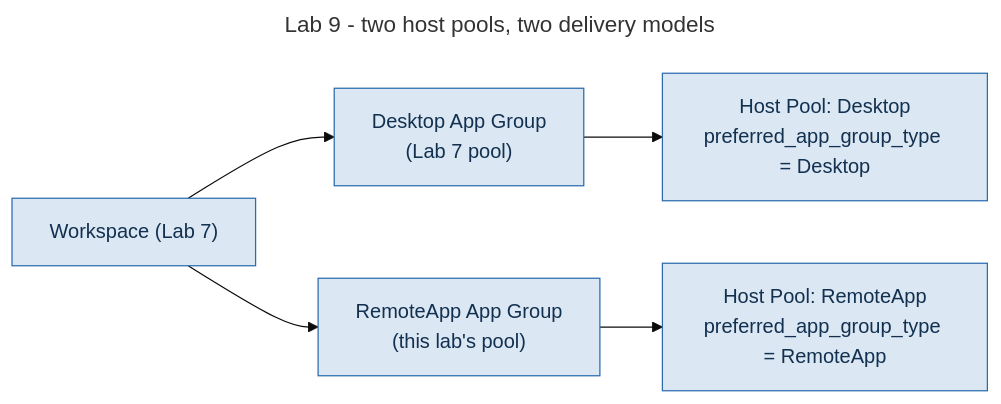
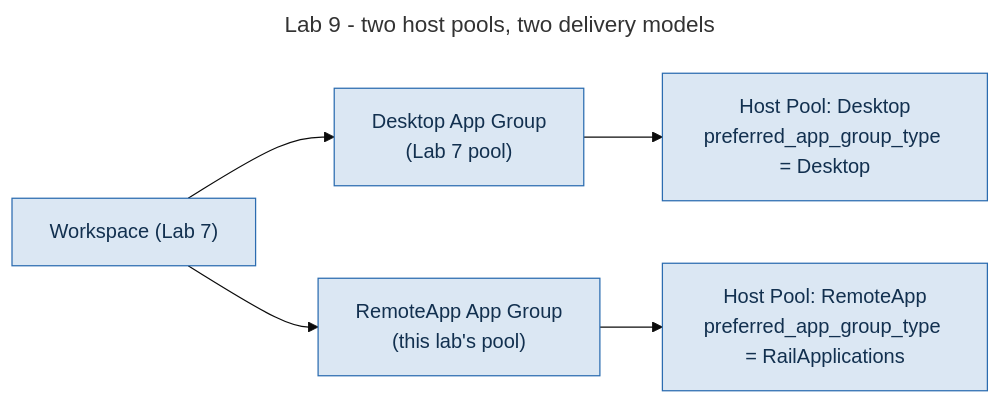
The diagram in diagrams/lab09-two-delivery-models.mermaid (AddySidd27/azure-virtual-desktop-architect), drawn with Mermaid (base theme) before and after one commit.

Commit message:
docs: use RailApplications in Lab 9 standalone Mermaid diagram
The standalone diagram showed preferred_app_group_type = RemoteApp for the
RemoteApp host pool. The AzureRM provider accepts None, Desktop and
RailApplications, and terraform/lab09-app-delivery/remoteapp.tf and the
diagram embedded in labs/lab-09-application-groups.md already use
RailApplications. One value changed; the "Host Pool: RemoteApp" label and
every other line are unchanged.

Claude-Session: https://claude.ai/code/session_01Eku7pV8E6iBDTBbfDVDV7Z

```diff
--- a/diagrams/lab09-two-delivery-models.mermaid
+++ b/diagrams/lab09-two-delivery-models.mermaid
@@ -1,11 +1,11 @@
 ---
 title: Lab 9 - two host pools, two delivery models
 ---
 flowchart LR
     WS["Workspace (Lab 7)"] --> AGD["Desktop App Group\n(Lab 7 pool)"]
     WS --> AGR["RemoteApp App Group\n(this lab's pool)"]
     AGD --> HPD["Host Pool: Desktop\npreferred_app_group_type = Desktop"]
-    AGR --> HPR["Host Pool: RemoteApp\npreferred_app_group_type = RemoteApp"]
+    AGR --> HPR["Host Pool: RemoteApp\npreferred_app_group_type = RailApplications"]
 
     classDef az fill:#dbe7f3,stroke:#2b6cb0,color:#12304f
     class WS,AGD,AGR,HPD,HPR az
```
